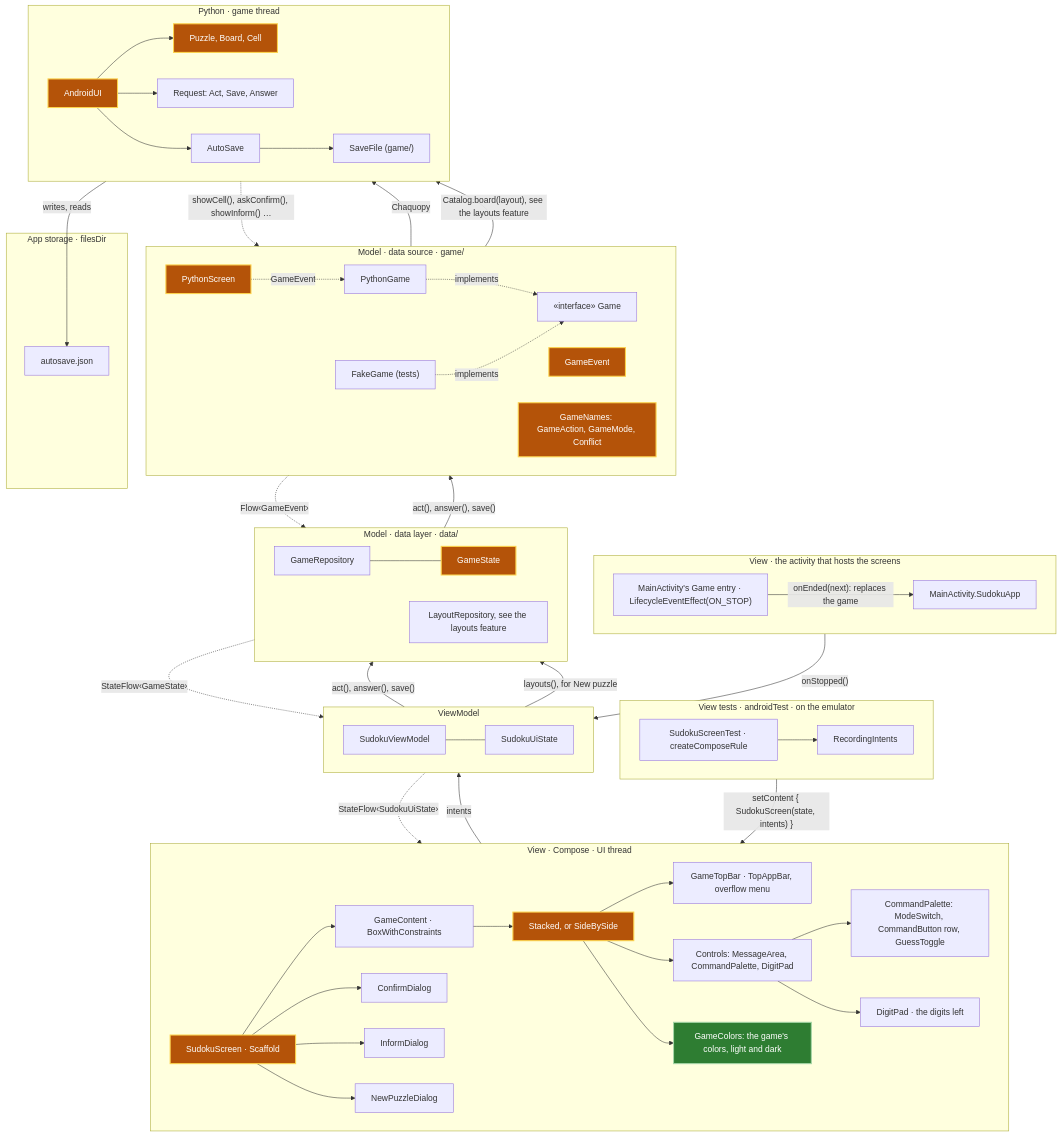
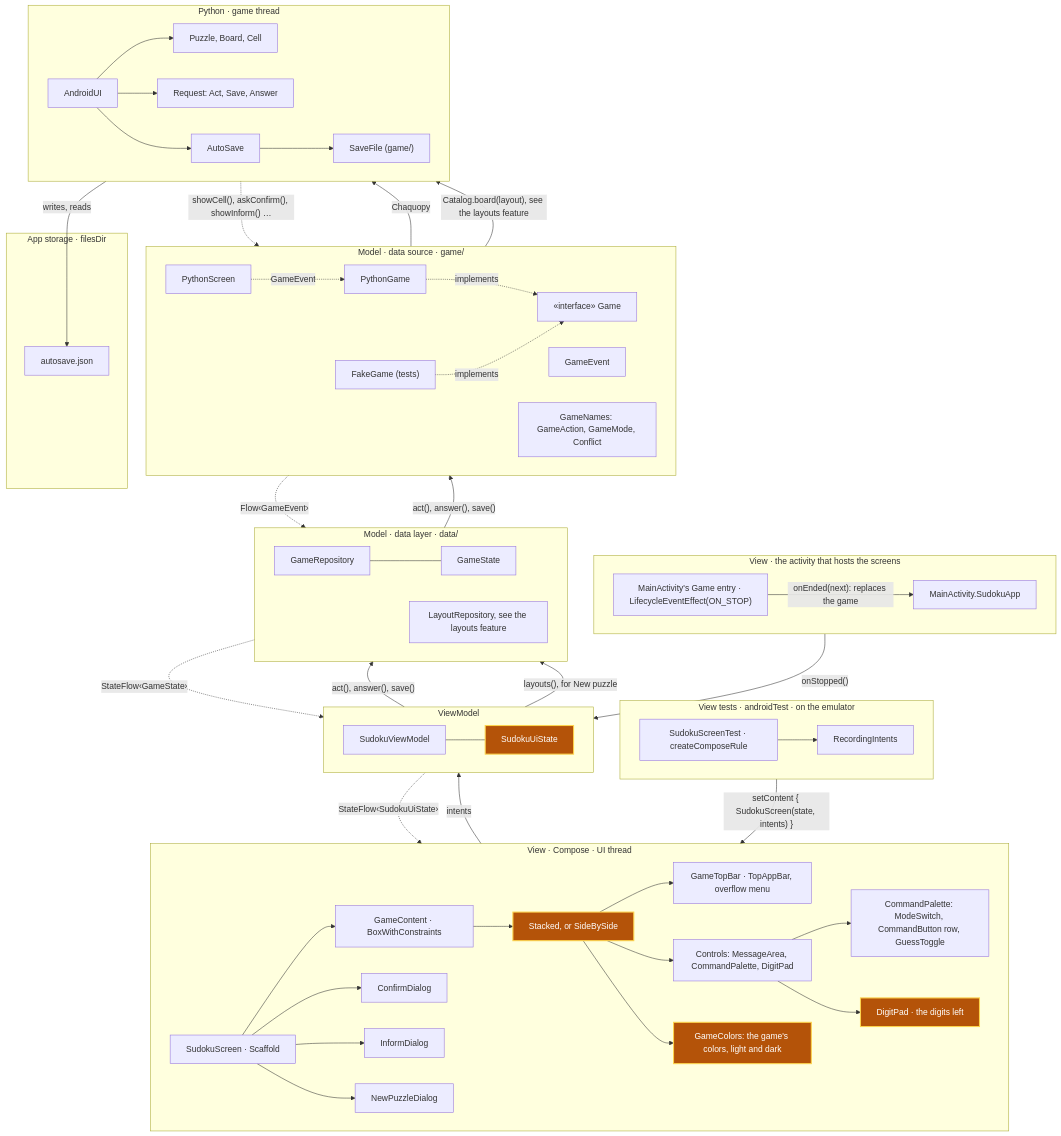
One commit to aivanov61/sudoku-solver changed the fifth of 17 diagrams in android/docs/architecture.md. Above: the diagram before and after it, drawn with Mermaid. The commit also changed other lines of this file and 17 other files, not shown here.

````diff
--- a/android/docs/architecture.md
+++ b/android/docs/architecture.md
@@ -251,80 +246,78 @@
 ```mermaid
 flowchart TB
     subgraph Host["View · the activity that hosts the screens"]
         direction LR
         SudokuApp["MainActivity.SudokuApp"]
         GameEntry["MainActivity's Game entry · LifecycleEventEffect(ON_STOP)"]
     end
 
     subgraph View["View · Compose · UI thread"]
         direction LR
         SudokuScreen["SudokuScreen · Scaffold"] --> GameContent["GameContent · BoxWithConstraints"]
         GameContent --> Board["Stacked, or SideBySide"]
         Board --> GameTopBar["GameTopBar · TopAppBar, overflow menu"]
         Board --> Controls["Controls: MessageArea, CommandPalette, DigitPad"]
         Controls --> CommandPalette["CommandPalette: ModeSwitch, CommandButton row, GuessToggle"]
         Controls --> DigitPad["DigitPad · the digits left"]
         Board --> GameColors["GameColors: the game's colors, light and dark"]
         SudokuScreen --> ConfirmDialog["ConfirmDialog"]
         SudokuScreen --> InformDialog["InformDialog"]
         SudokuScreen --> NewPuzzleDialog
     end
 
     subgraph ViewTests["View tests · androidTest · on the emulator"]
         direction LR
         SudokuScreenTest["SudokuScreenTest · createComposeRule"] --> RecordingIntents["RecordingIntents"]
     end
 
     subgraph VM["ViewModel"]
         direction LR
         SudokuViewModel --- SudokuUiState
     end
 
     subgraph DataLayer["Model · data layer · data/"]
         direction LR
         GameRepository["GameRepository"] --- GameState
         LayoutRepository["LayoutRepository, see the layouts feature"]
     end
 
     subgraph DataSource["Model · data source · game/"]
         direction LR
         PythonGame["PythonGame"] -. implements .-> Game["«interface» Game"]
         GameEvent
         FakeGame["FakeGame (tests)"] -. implements .-> Game
         PythonScreen
         GameNames["GameNames: GameAction, GameMode, Conflict"]
     end
 
     subgraph Python["Python · game thread"]
         direction LR
         AndroidUI["AndroidUI"] --> Puzzle["Puzzle, Board, Cell"]
         AndroidUI --> Requests["Request: Act, Save, Answer"]
         AndroidUI --> AutoSave["AutoSave"]
         AutoSave --> SaveFile["SaveFile (game/)"]
     end
 
     subgraph Storage["App storage · filesDir"]
         AutoSaveFile["autosave.json"]
     end
 
     GameEntry -- "onStopped()" --> SudokuViewModel
     GameEntry -- "onEnded(next): replaces the game" --> SudokuApp
     SudokuScreenTest -- "setContent { SudokuScreen(state, intents) }" --> SudokuScreen
     SudokuScreen -- "intents" --> SudokuViewModel
     SudokuViewModel -. "StateFlow‹SudokuUiState›" .-> SudokuScreen
     SudokuViewModel -- "act(), answer(), save()" --> GameRepository
     SudokuViewModel -- "layouts(), for New puzzle" --> LayoutRepository
     GameRepository -. "StateFlow‹GameState›" .-> SudokuViewModel
     GameRepository -- "act(), answer(), save()" --> Game
     Game -. "Flow‹GameEvent›" .-> GameRepository
     PythonGame -- "Chaquopy" --> AndroidUI
     AndroidUI -. "showCell(), askConfirm(), showInform() …" .-> PythonScreen
     PythonScreen -. "GameEvent" .-> PythonGame
     PythonGame -- "Catalog.board(layout), see the layouts feature" --> AndroidUI
     SaveFile -- "writes, reads" --> AutoSaveFile
 
-    classDef new fill:#2e7d32,stroke:#a5d6a7,stroke-width:2px,color:#ffffff
     classDef changed fill:#b45309,stroke:#fcd34d,stroke-width:2px,color:#ffffff
-    class GameColors new
-    class SudokuScreen,Board,GameState,GameEvent,PythonScreen,GameNames,AndroidUI,Puzzle changed
+    class Board,DigitPad,GameColors,SudokuUiState changed
 ```
````
